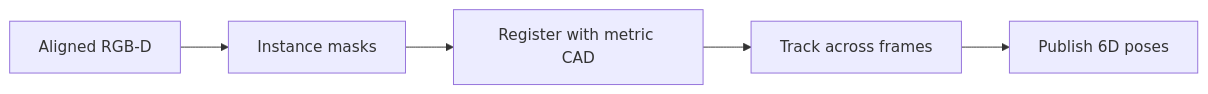
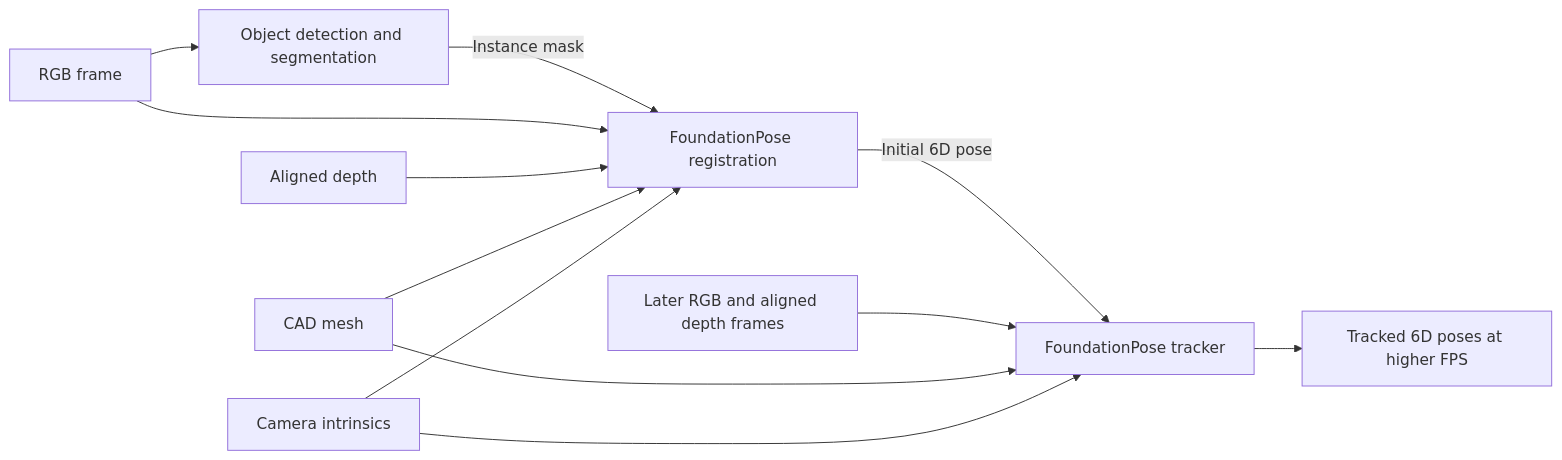
The diagram in README.md (leochien1110/foundationpose-showroom), drawn with Mermaid before and after one commit.

Commit message:
Restore registration and tracking inputs in the flowchart

````diff
--- a/README.md
+++ b/README.md
@@ -103,7 +103,14 @@
 ```mermaid
 flowchart LR
-    camera["Aligned RGB-D"] --> masks["Instance masks"]
-    masks --> register["Register with metric CAD"]
-    register --> track["Track across frames"]
-    track --> publish["Publish 6D poses"]
+    rgb["RGB frame"] --> detector["Object detection and segmentation"]
+    detector -->|Instance mask| register["FoundationPose registration"]
+    rgb --> register
+    depth["Aligned depth"] --> register
+    cad["CAD mesh"] --> register
+    intrinsics["Camera intrinsics"] --> register
+    register -->|Initial 6D pose| tracker["FoundationPose tracker"]
+    next["Later RGB and aligned depth frames"] --> tracker
+    cad --> tracker
+    intrinsics --> tracker
+    tracker --> poses["Tracked 6D poses at higher FPS"]
 ```
````
